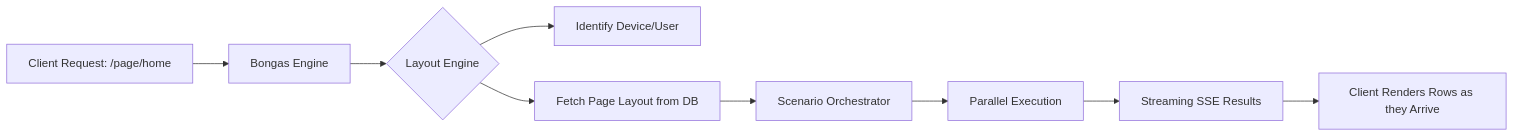
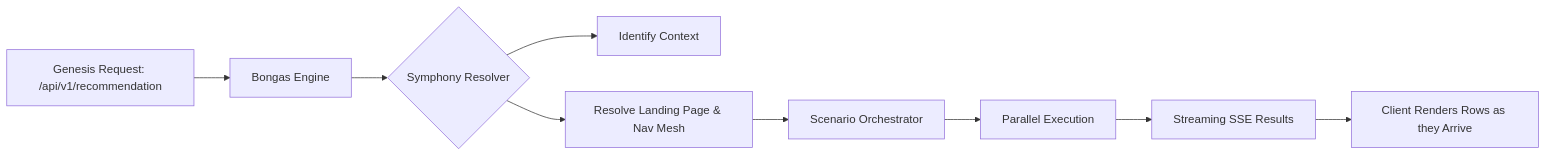
One commit to adiozdaniel/bongas-ai changed the diagram in docs/architecture/SYMPHONY.md. Above: the diagram before and after it, drawn with Mermaid. The commit also changed other lines of this file and 5 other files, not shown here.

First line of the commit message:
docs(api): define Symphony 2.0 Genesis entry point

````diff
--- a/docs/architecture/SYMPHONY.md
+++ b/docs/architecture/SYMPHONY.md
@@ -13,11 +13,11 @@
 ```mermaid
 graph LR
-    A[Client Request: /page/home] --> B[Bongas Engine]
-    B --> C{Layout Engine}
-    C --> D[Identify Device/User]
-    C --> E[Fetch Page Layout from DB]
+    A[Genesis Request: /api/v1/recommendation] --> B[Bongas Engine]
+    B --> C{Symphony Resolver}
+    C --> D[Identify Context]
+    C --> E[Resolve Landing Page & Nav Mesh]
     E --> F[Scenario Orchestrator]
     F --> G[Parallel Execution]
     G --> H[Streaming SSE Results]
     H --> I[Client Renders Rows as they Arrive]
 ```
````
